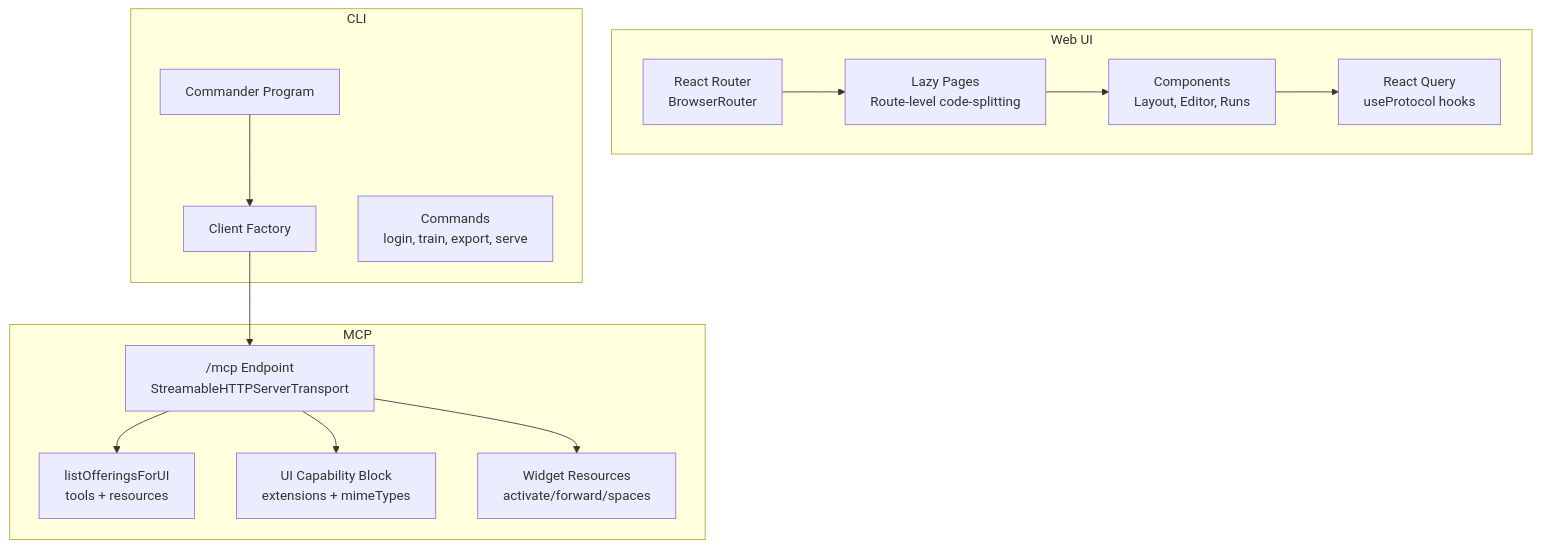
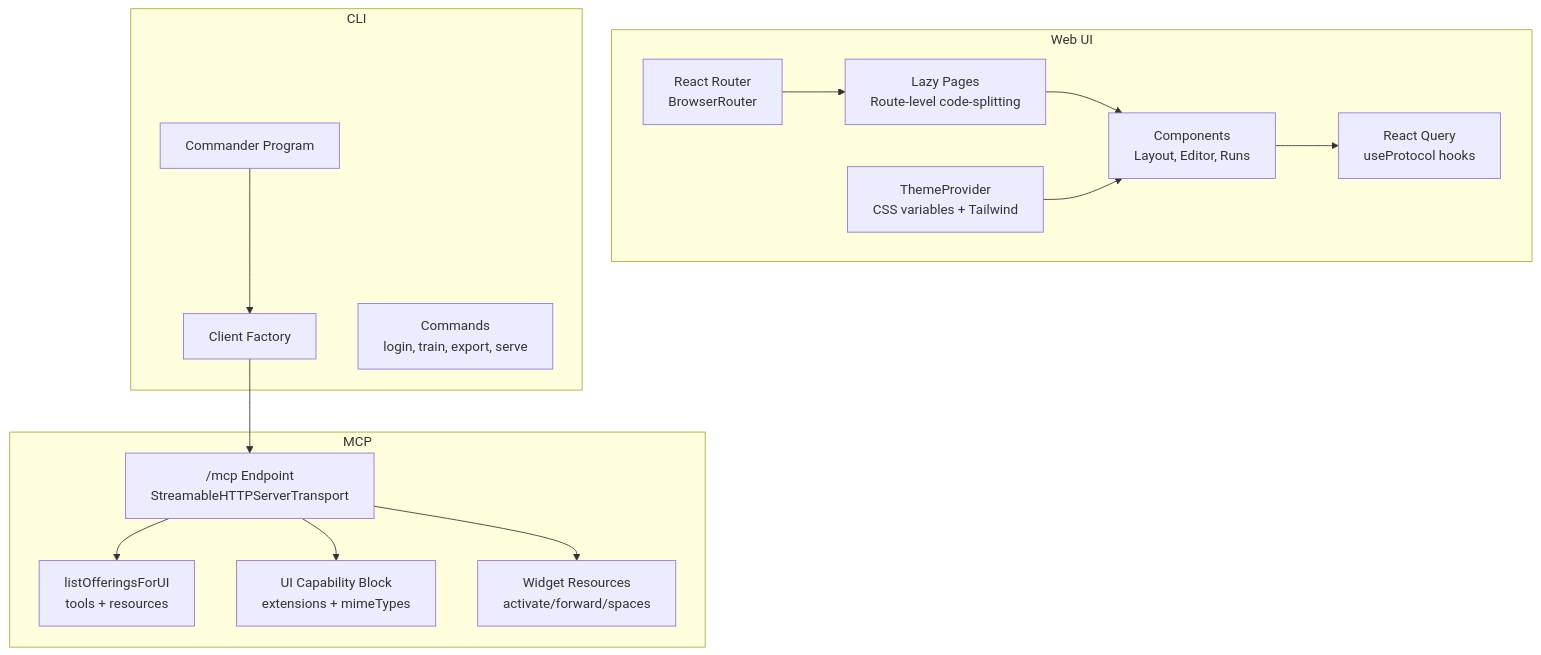
The second of 7 diagrams in .qoder/repowiki/en/content/User Interfaces/User Interfaces.md (debian777/kairos-mcp), drawn with Mermaid before and after one commit. The commit also changed other lines of this file and 17 other files, not shown here.

````diff
--- a/.qoder/repowiki/en/content/User Interfaces/User Interfaces.md
+++ b/.qoder/repowiki/en/content/User Interfaces/User Interfaces.md
@@ -147,28 +170,30 @@
 ```mermaid
 graph TB
 subgraph "Web UI"
 W_Router["React Router<br/>BrowserRouter"]
 W_Lazy["Lazy Pages<br/>Route-level code-splitting"]
 W_Components["Components<br/>Layout, Editor, Runs"]
 W_Query["React Query<br/>useProtocol hooks"]
+W_Theme["ThemeProvider<br/>CSS variables + Tailwind"]
 end
 subgraph "CLI"
 C_Program["Commander Program"]
 C_Factory["Client Factory"]
 C_Commands["Commands<br/>login, train, export, serve"]
 end
 subgraph "MCP"
 M_Endpoint["/mcp Endpoint<br/>StreamableHTTPServerTransport"]
 M_Discovery["listOfferingsForUI<br/>tools + resources"]
 M_Capability["UI Capability Block<br/>extensions + mimeTypes"]
 M_Resources["Widget Resources<br/>activate/forward/spaces"]
 end
 W_Router --> W_Lazy
 W_Lazy --> W_Components
 W_Components --> W_Query
+W_Theme --> W_Components
 C_Program --> C_Factory
 C_Factory --> M_Endpoint
 M_Endpoint --> M_Discovery
 M_Endpoint --> M_Capability
 M_Endpoint --> M_Resources
 ```
````
